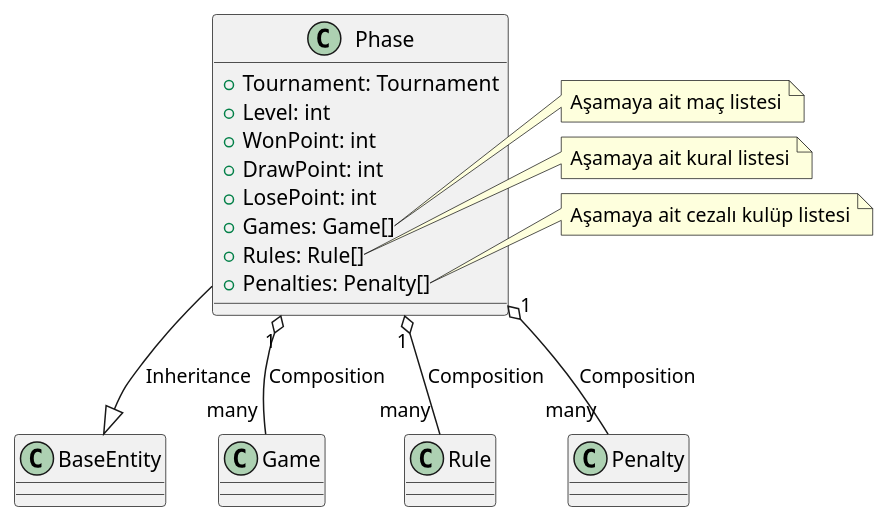
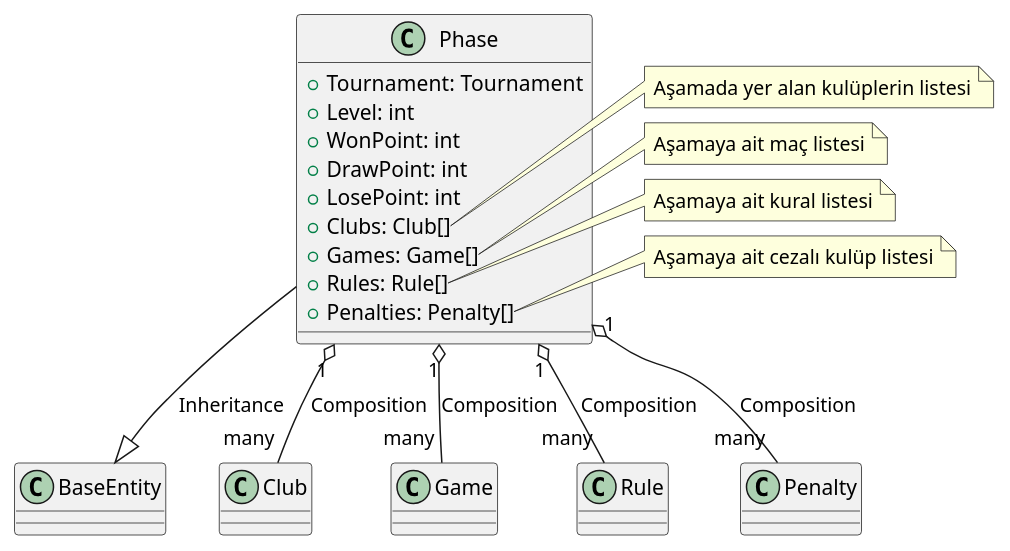
The diagram in uml/Tournament/Phase.puml (evrendev/sport-club), drawn with PlantUML before and after one commit. The commit also changed 40 other files, not shown here.

```diff
--- a/uml/Tournament/Phase.puml
+++ b/uml/Tournament/Phase.puml
@@ -1,31 +1,37 @@
 @startuml Phase Class Diagram
 
 class Phase {
     + Tournament: Tournament
     + Level: int
     + WonPoint: int
     + DrawPoint: int
     + LosePoint: int
+    + Clubs: Club[]
     + Games: Game[]
     + Rules: Rule[]
     + Penalties: Penalty[]
 }
 
 Phase --|> BaseEntity: Inheritance
+Phase "1" o-- "many" Club: Composition
 Phase "1" o-- "many" Game: Composition
 Phase "1" o-- "many" Rule: Composition
 Phase "1" o-- "many" Penalty: Composition
+
+note right of Phase::Clubs
+Aşamada yer alan kulüplerin listesi
+end note
 
 note right of Phase::Games
 Aşamaya ait maç listesi
 end note
 
 note right of Phase::Rules
 Aşamaya ait kural listesi
 end note
 
 note right of Phase::Penalty
 Aşamaya ait cezalı kulüp listesi
 end note
 
 @enduml
```
